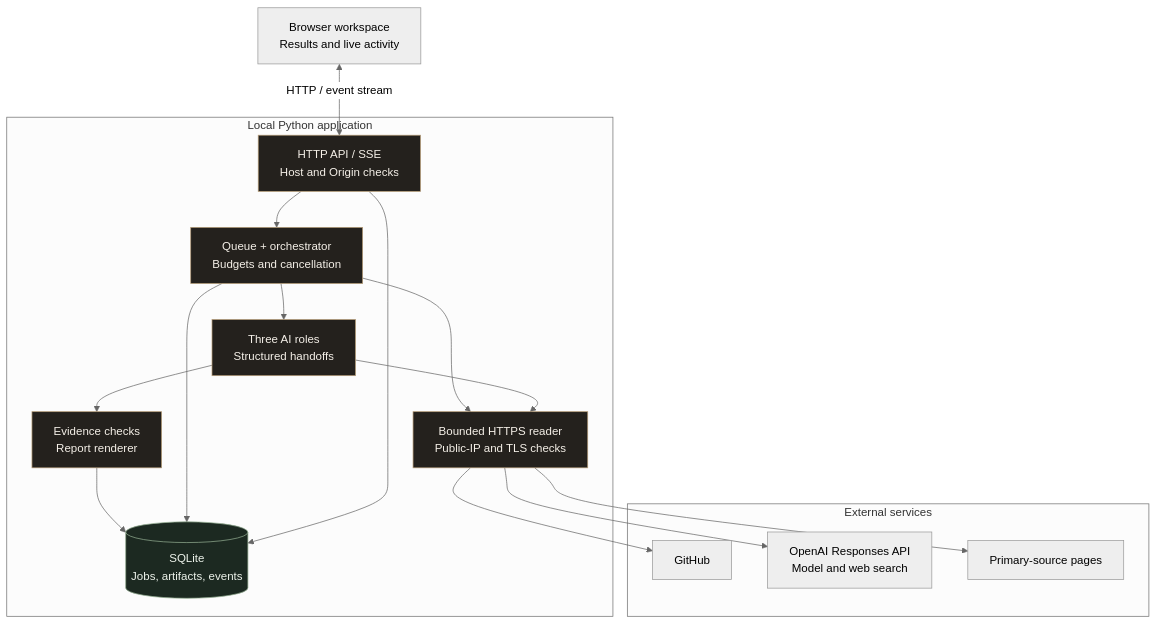
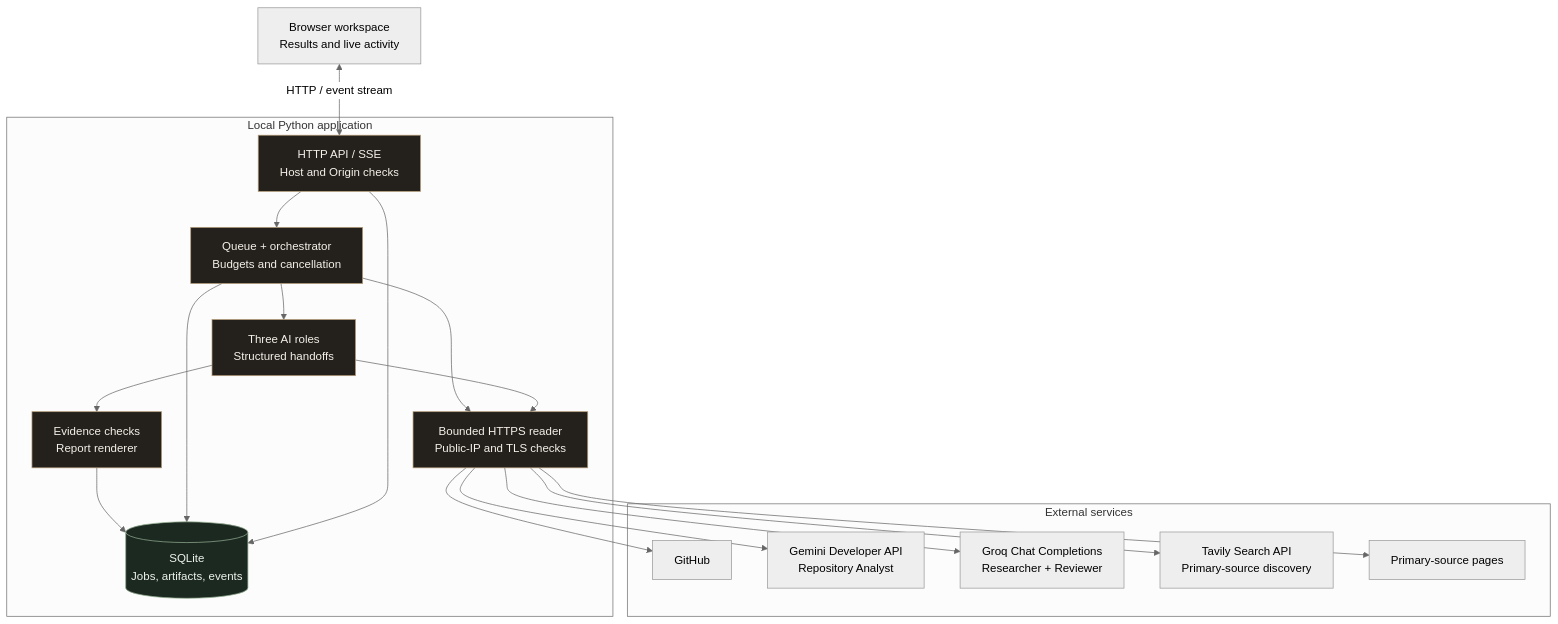
Before and after one commit to saubhagya7dev/DevSecOps: the second of 3 diagrams in README.md, drawn with Mermaid (neutral theme). The commit also changed other lines of this file, not shown here.

Commit message:
docs: document hosted model migration and updated architecture

````diff
--- a/README.md
+++ b/README.md
@@ -238,38 +254,42 @@
 ```mermaid
 flowchart TB
     UI["Browser workspace<br/>Results and live activity"]
 
     subgraph LOCAL["Local Python application"]
         API["HTTP API / SSE<br/>Host and Origin checks"]
         ORCH["Queue + orchestrator<br/>Budgets and cancellation"]
         ROLES["Three AI roles<br/>Structured handoffs"]
         CHECKS["Evidence checks<br/>Report renderer"]
         DB[("SQLite<br/>Jobs, artifacts, events")]
         READER["Bounded HTTPS reader<br/>Public-IP and TLS checks"]
 
         API --> ORCH
         ORCH --> ROLES
         ROLES --> CHECKS
         CHECKS --> DB
         ORCH --> DB
         API --> DB
         ORCH --> READER
         ROLES --> READER
     end
 
     subgraph EXTERNAL["External services"]
         GH["GitHub"]
-        MODEL["OpenAI Responses API<br/>Model and web search"]
+        GEMINI["Gemini Developer API<br/>Repository Analyst"]
+        GROQ["Groq Chat Completions<br/>Researcher + Reviewer"]
+        TAVILY["Tavily Search API<br/>Primary-source discovery"]
         SOURCES["Primary-source pages"]
     end
 
     UI <-->|"HTTP / event stream"| API
     READER --> GH
-    READER --> MODEL
+    READER --> GEMINI
+    READER --> GROQ
+    READER --> TAVILY
     READER --> SOURCES
 
     classDef local fill:#24211d,stroke:#b59b77,color:#f5f0e8
     classDef data fill:#1c2921,stroke:#93ad91,color:#edf3eb
     class API,ORCH,ROLES,CHECKS,READER local
     class DB data
 ```
````
